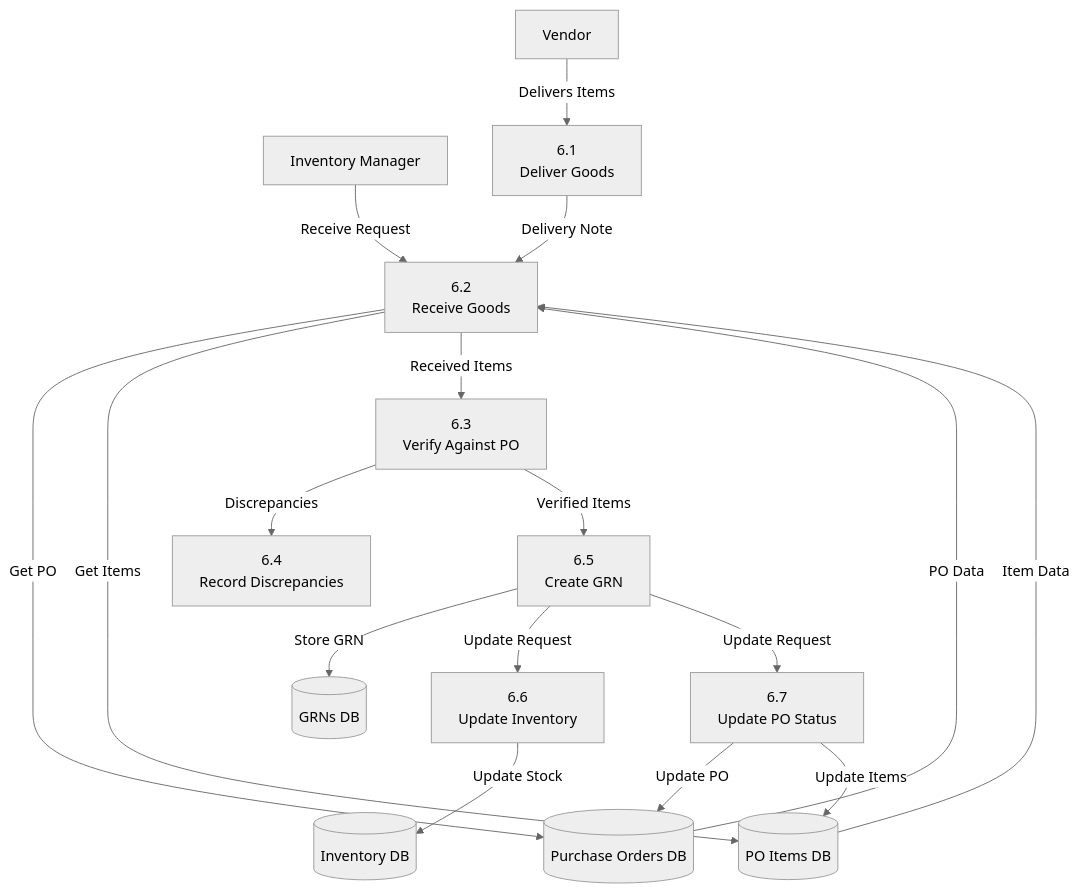
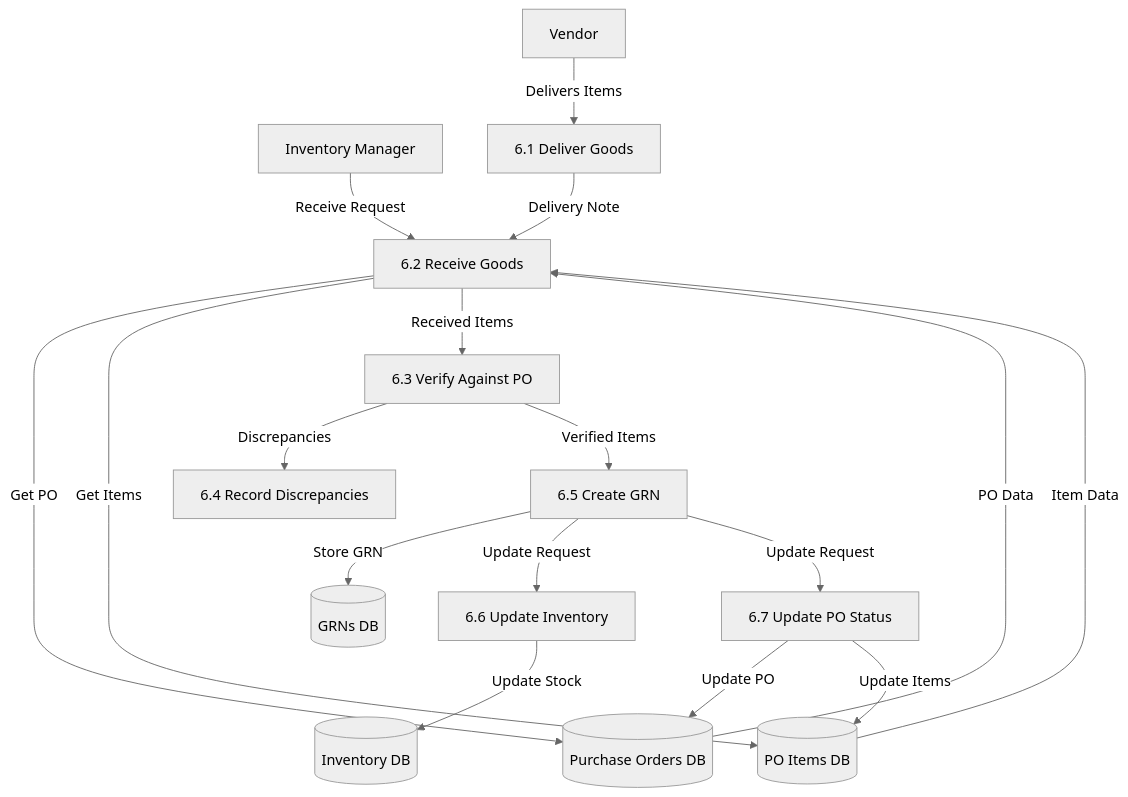
The sixth of 6 diagrams in docs/po/purchase-order-data-flow.md (CarmenSoftware-organization/carmen), drawn with Mermaid (neutral theme) before and after one commit. The commit also changed other lines of this file and 55 other files, not shown here.

````diff
--- a/docs/po/purchase-order-data-flow.md
+++ b/docs/po/purchase-order-data-flow.md
@@ -197,43 +197,43 @@
 ```mermaid
 flowchart TD
     %% External Entities
     InventoryManager[Inventory Manager]
     Vendor[Vendor]
     
     %% Processes
-    DeliverGoods[6.1\nDeliver Goods]
-    ReceiveGoods[6.2\nReceive Goods]
-    VerifyAgainstPO[6.3\nVerify Against PO]
-    RecordDiscrepancies[6.4\nRecord Discrepancies]
-    CreateGRN[6.5\nCreate GRN]
-    UpdateInventory[6.6\nUpdate Inventory]
-    UpdatePOStatus[6.7\nUpdate PO Status]
+    DeliverGoods[6.1 Deliver Goods]
+    ReceiveGoods[6.2 Receive Goods]
+    VerifyAgainstPO[6.3 Verify Against PO]
+    RecordDiscrepancies[6.4 Record Discrepancies]
+    CreateGRN[6.5 Create GRN]
+    UpdateInventory[6.6 Update Inventory]
+    UpdatePOStatus[6.7 Update PO Status]
     
     %% Data Stores
     PurchaseOrdersDB[(Purchase Orders DB)]
     PurchaseOrderItemsDB[(PO Items DB)]
     GRNsDB[(GRNs DB)]
     InventoryDB[(Inventory DB)]
     
     %% Data Flows
     Vendor -->|Delivers Items| DeliverGoods
     DeliverGoods -->|Delivery Note| ReceiveGoods
     InventoryManager -->|Receive Request| ReceiveGoods
     
     ReceiveGoods -->|Get PO| PurchaseOrdersDB
     PurchaseOrdersDB -->|PO Data| ReceiveGoods
     ReceiveGoods -->|Get Items| PurchaseOrderItemsDB
     PurchaseOrderItemsDB -->|Item Data| ReceiveGoods
     
     ReceiveGoods -->|Received Items| VerifyAgainstPO
     VerifyAgainstPO -->|Discrepancies| RecordDiscrepancies
     VerifyAgainstPO -->|Verified Items| CreateGRN
     
     CreateGRN -->|Store GRN| GRNsDB
     CreateGRN -->|Update Request| UpdateInventory
     UpdateInventory -->|Update Stock| InventoryDB
     
     CreateGRN -->|Update Request| UpdatePOStatus
     UpdatePOStatus -->|Update PO| PurchaseOrdersDB
     UpdatePOStatus -->|Update Items| PurchaseOrderItemsDB
 ```
````
